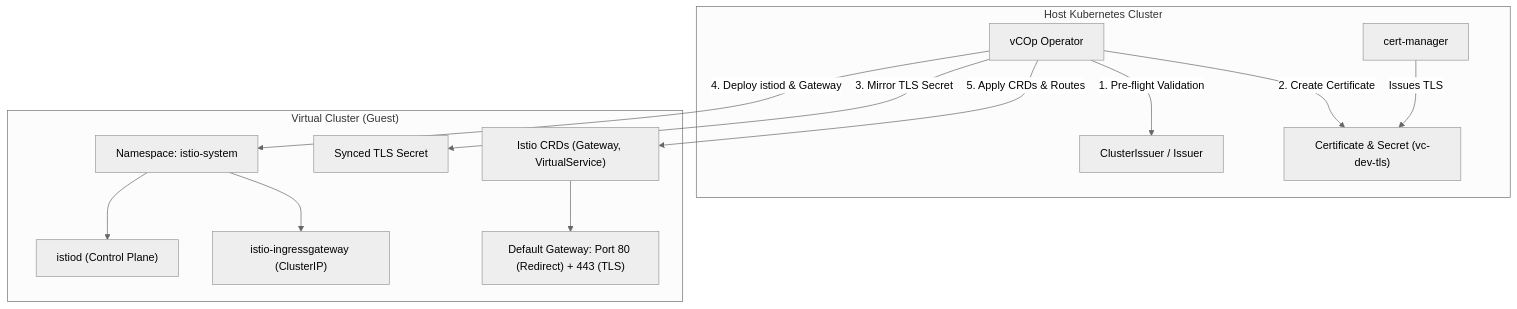
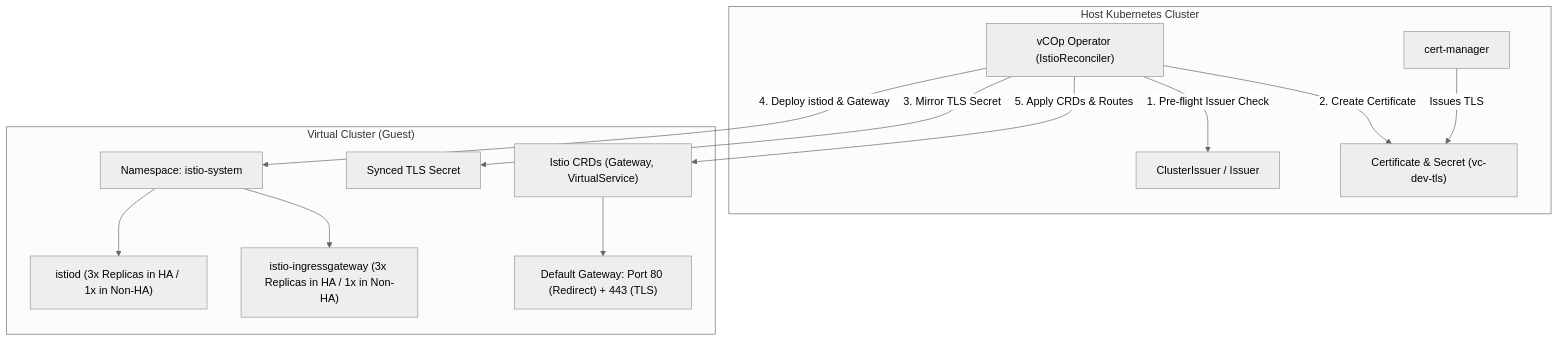
One commit to jfelixfalcon/vcop changed the first of 3 diagrams in README.md. Above: the diagram before and after it, drawn with Mermaid (neutral theme). The commit also changed other lines of this file, not shown here.

Commit message:
docs: add comprehensive guide on Istio management, version addition, and operator deployment mechanics

````diff
--- a/README.md
+++ b/README.md
@@ -151,28 +151,28 @@
 ```mermaid
 flowchart TD
     subgraph Host["Host Kubernetes Cluster"]
         CM["cert-manager"]
         CI["ClusterIssuer / Issuer"]
-        Operator["vCOp Operator"]
+        Operator["vCOp Operator (IstioReconciler)"]
         HostCert["Certificate & Secret (vc-dev-tls)"]
     end
 
     subgraph Guest["Virtual Cluster (Guest)"]
         NS["Namespace: istio-system"]
         TLS["Synced TLS Secret"]
-        Istiod["istiod (Control Plane)"]
-        GW["istio-ingressgateway (ClusterIP)"]
+        Istiod["istiod (3x Replicas in HA / 1x in Non-HA)"]
+        GW["istio-ingressgateway (3x Replicas in HA / 1x in Non-HA)"]
         CRD["Istio CRDs (Gateway, VirtualService)"]
         Route["Default Gateway: Port 80 (Redirect) + 443 (TLS)"]
     end
 
-    Operator -->|"1. Pre-flight Validation"| CI
+    Operator -->|"1. Pre-flight Issuer Check"| CI
     Operator -->|"2. Create Certificate"| HostCert
     CM -->|"Issues TLS"| HostCert
     Operator -->|"3. Mirror TLS Secret"| TLS
     Operator -->|"4. Deploy istiod & Gateway"| NS
     NS --> Istiod
     NS --> GW
     Operator -->|"5. Apply CRDs & Routes"| CRD
     CRD --> Route
 ```
````
